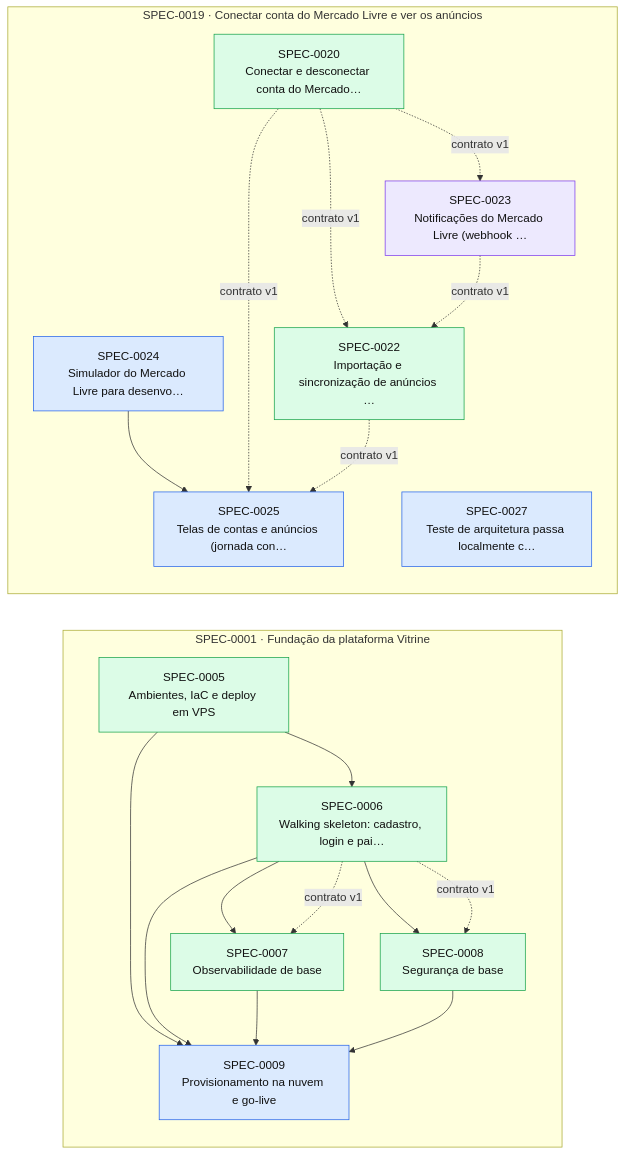
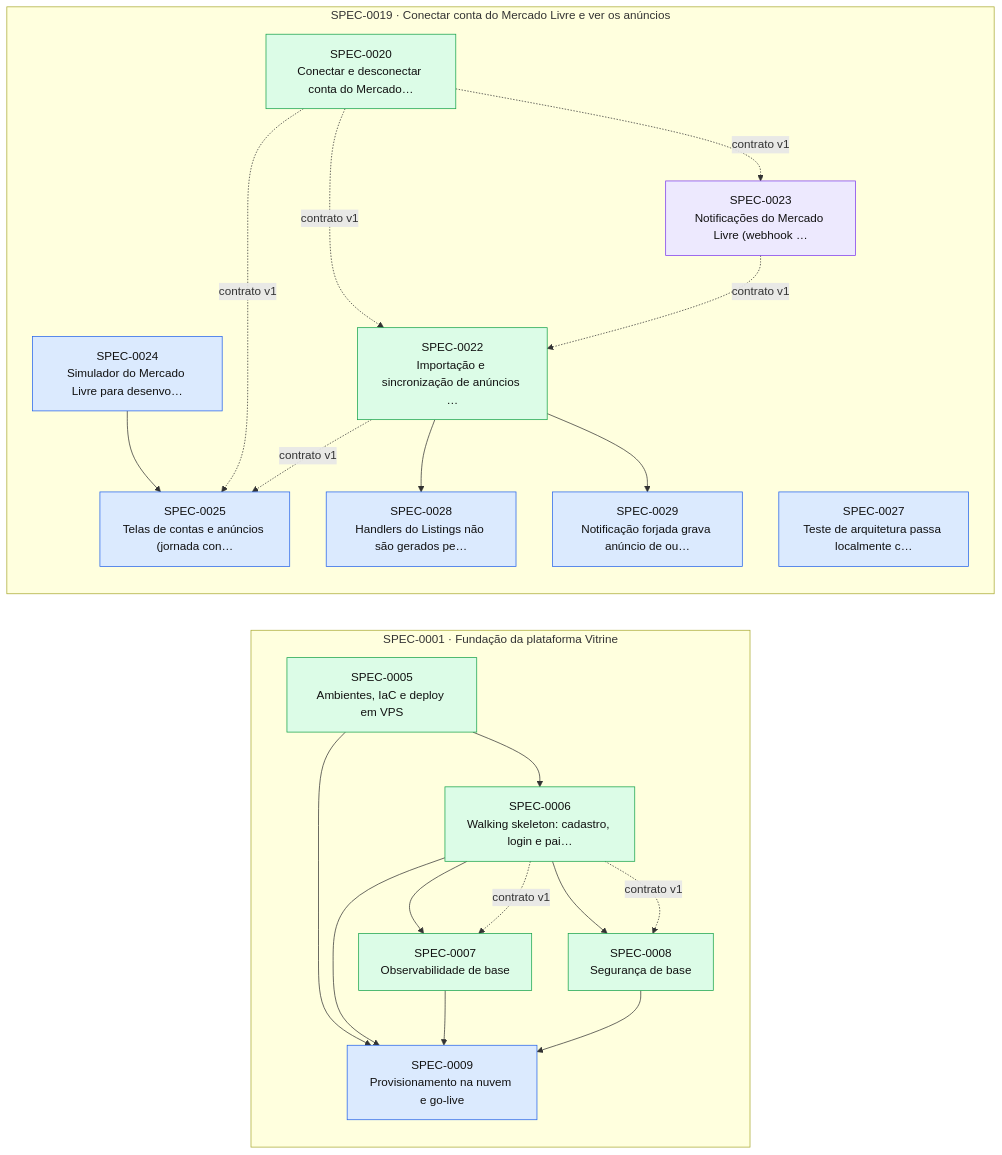
The diagram in docs/specs/INDEX.md (thomasravache/vitrine), drawn with Mermaid before and after one commit. The commit also changed other lines of this file and 3 other files, not shown here.

````diff
--- a/docs/specs/INDEX.md
+++ b/docs/specs/INDEX.md
@@ -62,38 +64,42 @@
 ```mermaid
 flowchart LR
   subgraph E0001["SPEC-0001 · Fundação da plataforma Vitrine"]
     S0005["SPEC-0005<br/>Ambientes, IaC e deploy em VPS"]:::implemented
     S0006["SPEC-0006<br/>Walking skeleton: cadastro, login e pai…"]:::implemented
     S0007["SPEC-0007<br/>Observabilidade de base"]:::implemented
     S0008["SPEC-0008<br/>Segurança de base"]:::implemented
     S0009["SPEC-0009<br/>Provisionamento na nuvem e go-live"]:::approved
   end
   subgraph E0019["SPEC-0019 · Conectar conta do Mercado Livre e ver os anúncios"]
     S0020["SPEC-0020<br/>Conectar e desconectar conta do Mercado…"]:::implemented
     S0022["SPEC-0022<br/>Importação e sincronização de anúncios …"]:::implemented
     S0023["SPEC-0023<br/>Notificações do Mercado Livre (webhook …"]:::inprogress
     S0024["SPEC-0024<br/>Simulador do Mercado Livre para desenvo…"]:::approved
     S0025["SPEC-0025<br/>Telas de contas e anúncios (jornada con…"]:::approved
     S0027["SPEC-0027<br/>Teste de arquitetura passa localmente c…"]:::approved
+    S0028["SPEC-0028<br/>Handlers do Listings não são gerados pe…"]:::approved
+    S0029["SPEC-0029<br/>Notificação forjada grava anúncio de ou…"]:::approved
   end
   S0005 --> S0006
   S0006 --> S0007
   S0006 -. contrato v1 .-> S0007
   S0006 --> S0008
   S0006 -. contrato v1 .-> S0008
   S0005 --> S0009
   S0006 --> S0009
   S0007 --> S0009
   S0008 --> S0009
   S0020 -. contrato v1 .-> S0022
   S0023 -. contrato v1 .-> S0022
   S0020 -. contrato v1 .-> S0023
   S0024 --> S0025
   S0020 -. contrato v1 .-> S0025
   S0022 -. contrato v1 .-> S0025
+  S0022 --> S0028
+  S0022 --> S0029
   classDef proposed fill:#fef3c7,stroke:#d97706,color:#111
   classDef approved fill:#dbeafe,stroke:#2563eb,color:#111
   classDef inprogress fill:#ede9fe,stroke:#7c3aed,color:#111
   classDef implemented fill:#dcfce7,stroke:#16a34a,color:#111
   classDef deprecated fill:#f3f4f6,stroke:#9ca3af,color:#6b7280
 ```
````
